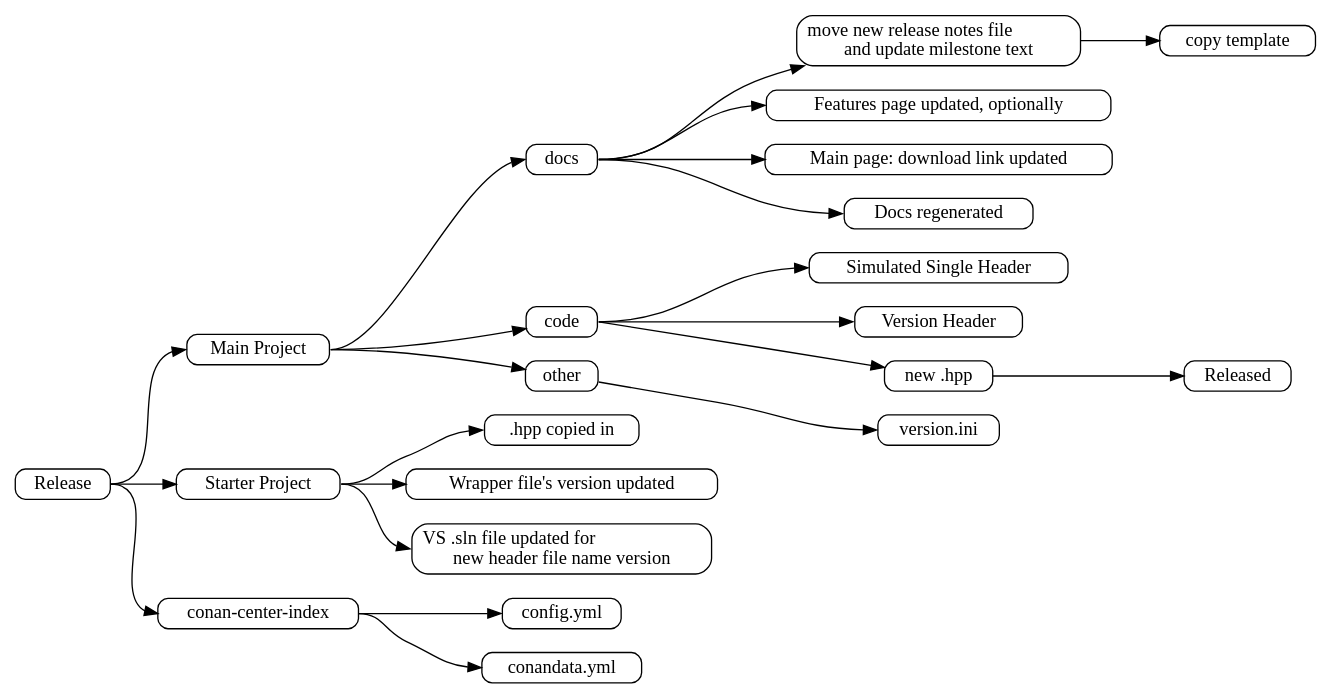
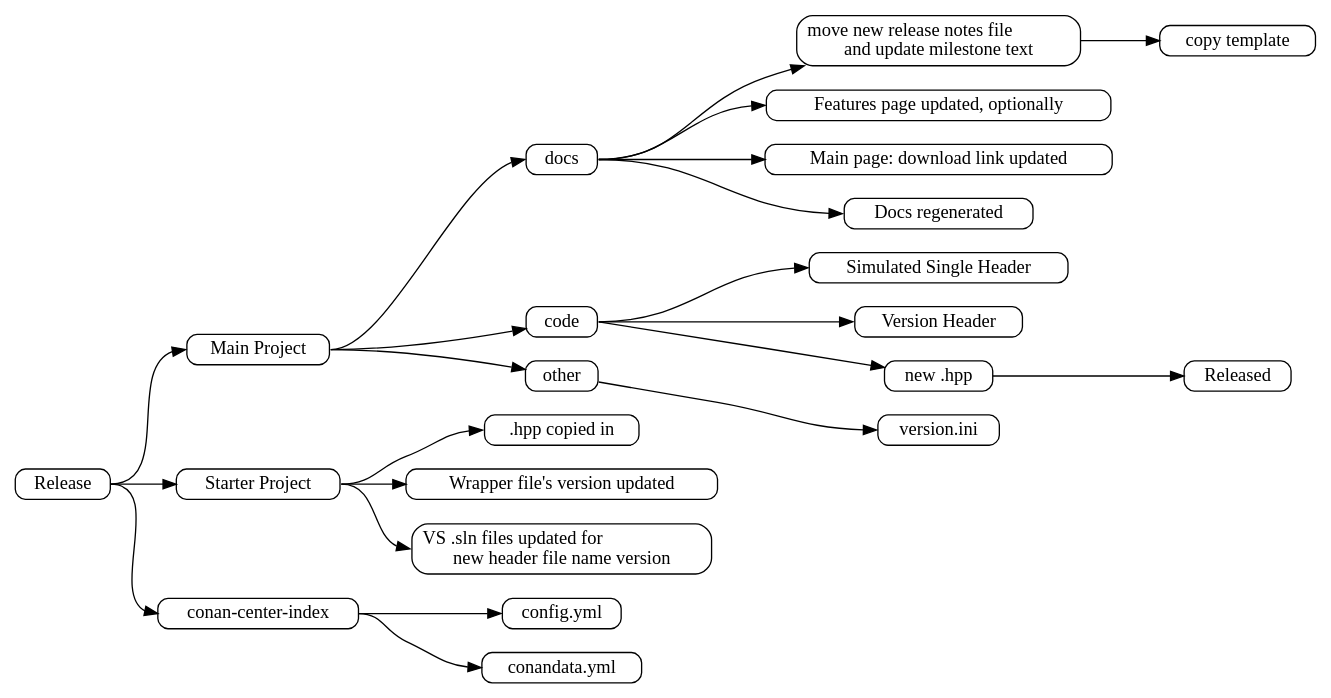
The diagram in doc/images/source/release_files_mindmap.dot (approvals/ApprovalTests.cpp), drawn with Graphviz before and after one commit. The commit also changed 1 other file, not shown here.

Commit message:
d Update release_files_mindmap image for 2nd Visual Studio solution

```diff
--- a/doc/images/source/release_files_mindmap.dot
+++ b/doc/images/source/release_files_mindmap.dot
@@ -1,33 +1,33 @@
 digraph mdsnippets_flow {
     rankdir = "LR"
     node [fontsize = 14, shape = box, style="rounded", height = 0.25]
     edge [fontsize = 14]
 
     "Release";
     /* 1 */
     "Release": e -> "Main Project": w;
     /* 1.1 */
     "Main Project": e -> "docs": w;
     "docs": e -> "move new release notes file\land update milestone text" -> "copy template";
     "docs": e -> "Features page updated, optionally": w;
     "docs": e -> "Main page: download link updated": w;
     "docs": e -> "Docs regenerated": w;
     /* 1.2 */
     "Main Project": e -> "code";
     "code": e -> "Simulated Single Header": w;
     "code": e -> "Version Header": w;
     "code": e -> "new .hpp" -> "Released";
     /* 1.3 */
     "Main Project": e -> "other" -> "version.ini": w;
     /* 2 */
     "Release": e -> "Starter Project";
     /* 2.1 */
     "Starter Project": e -> ".hpp copied in": w;
     "Starter Project": e -> "Wrapper file's version updated": w;
-    "Starter Project": e -> "VS .sln file updated for\lnew header file name version": w;
+    "Starter Project": e -> "VS .sln files updated for\lnew header file name version": w;
     /* 3 */
     "Release": e -> "conan-center-index": w;
     /* 3.1 */
     "conan-center-index": e -> "config.yml": w;
     "conan-center-index": e -> "conandata.yml": w;
 }
```
